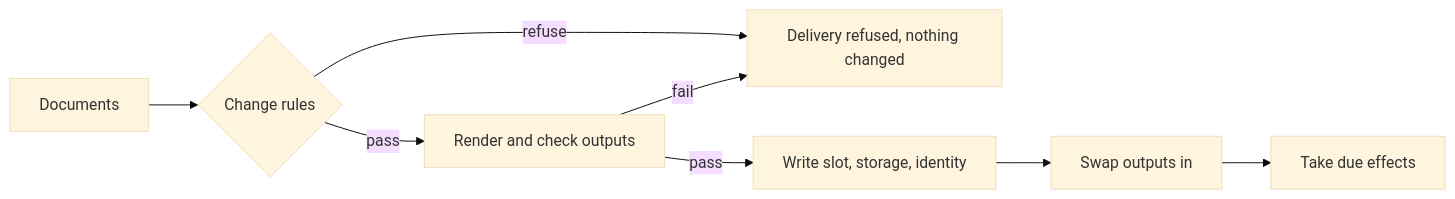
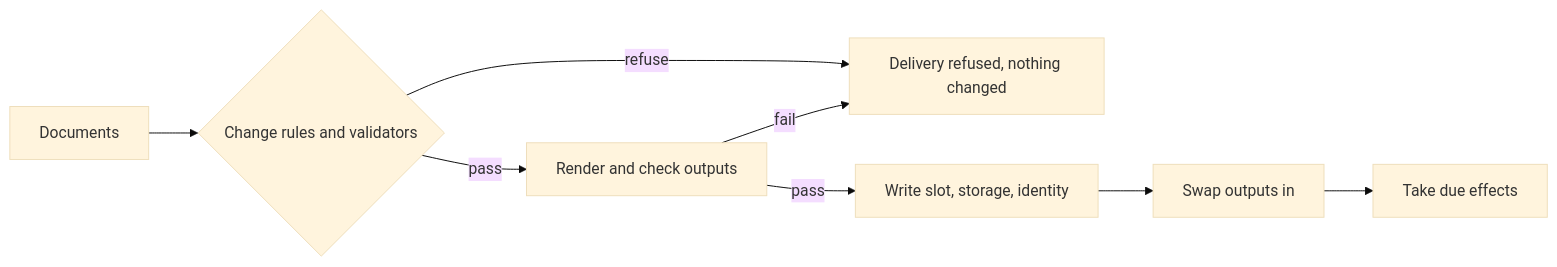
One commit to trevex/chalkos changed the diagram in docs/how-it-works/node/config-pipeline.md. Above: the diagram before and after it, drawn with Mermaid (base theme). The commit also changed other lines of this file and 9 other files, not shown here.

````diff
--- a/docs/how-it-works/node/config-pipeline.md
+++ b/docs/how-it-works/node/config-pipeline.md
@@ -25,10 +25,10 @@
 ```mermaid
 flowchart LR
-    docs["Documents"] --> rules{"Change rules"}
+    docs["Documents"] --> rules{"Change rules and validators"}
     rules -->|refuse| refused["Delivery refused, nothing changed"]
     rules -->|pass| render["Render and check outputs"]
     render -->|fail| refused
     render -->|pass| write["Write slot, storage, identity"]
     write --> swap["Swap outputs in"]
     swap --> effects["Take due effects"]
 ```
````
